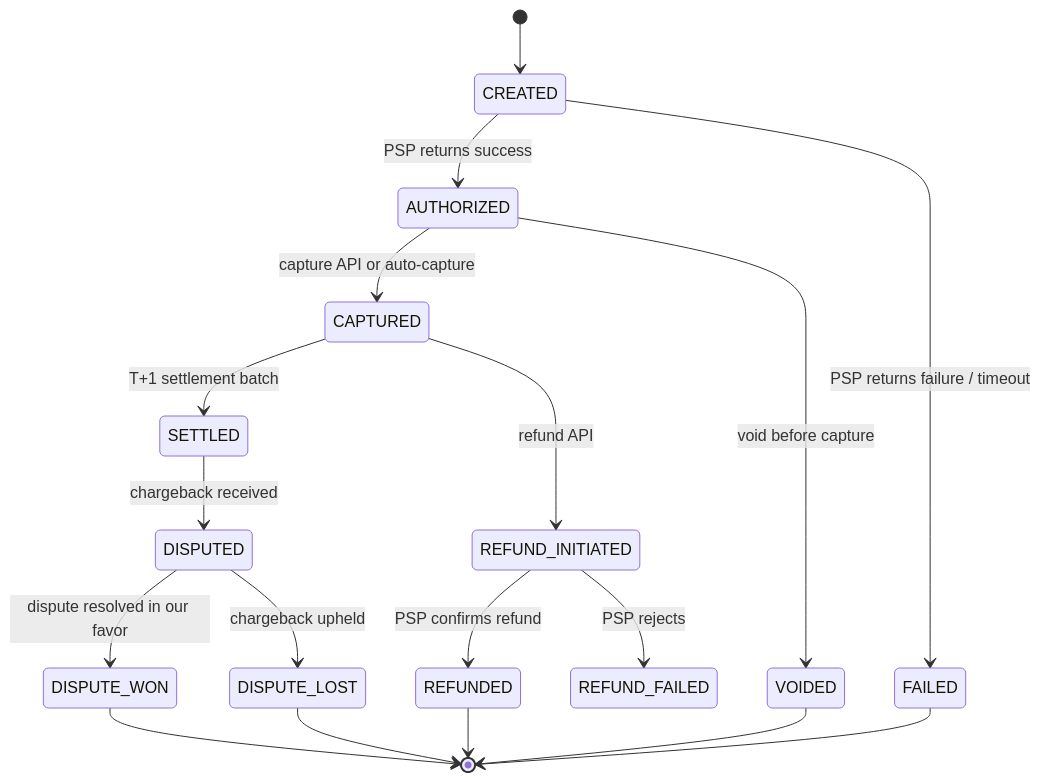
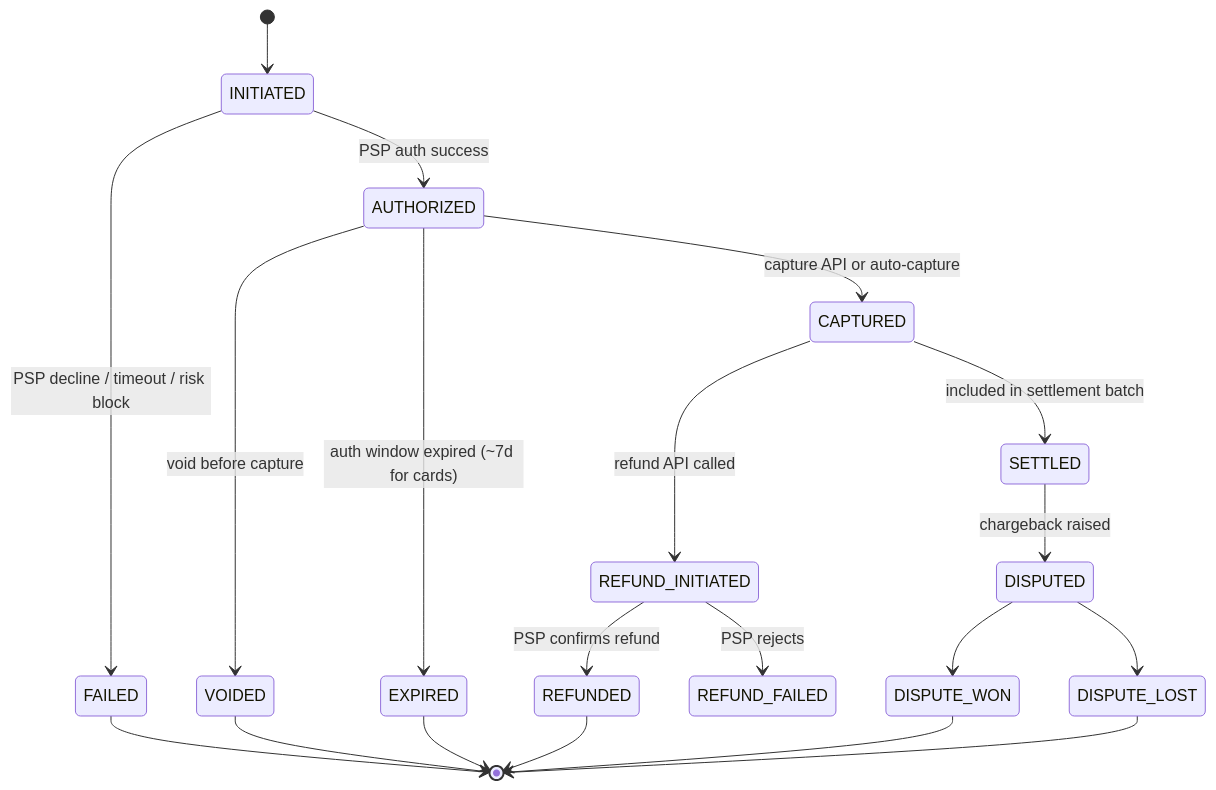
The second of 4 diagrams in airtel-prep/19-payment-gateway-system-design.md (Shailender1911/shail-new), drawn with Mermaid before and after one commit. The commit also changed other lines of this file, not shown here.

````diff
--- a/airtel-prep/19-payment-gateway-system-design.md
+++ b/airtel-prep/19-payment-gateway-system-design.md
@@ -280,20 +347,22 @@
 ```mermaid
 stateDiagram-v2
-    [*] --> CREATED
-    CREATED --> AUTHORIZED: PSP returns success
-    CREATED --> FAILED: PSP returns failure / timeout
+    [*] --> INITIATED
+    INITIATED --> AUTHORIZED: PSP auth success
+    INITIATED --> FAILED: PSP decline / timeout / risk block
     AUTHORIZED --> CAPTURED: capture API or auto-capture
     AUTHORIZED --> VOIDED: void before capture
-    CAPTURED --> SETTLED: T+1 settlement batch
-    CAPTURED --> REFUND_INITIATED: refund API
+    AUTHORIZED --> EXPIRED: auth window expired (~7d for cards)
+    CAPTURED --> SETTLED: included in settlement batch
+    CAPTURED --> REFUND_INITIATED: refund API called
+    SETTLED --> DISPUTED: chargeback raised
     REFUND_INITIATED --> REFUNDED: PSP confirms refund
     REFUND_INITIATED --> REFUND_FAILED: PSP rejects
-    SETTLED --> DISPUTED: chargeback received
-    DISPUTED --> DISPUTE_WON: dispute resolved in our favor
-    DISPUTED --> DISPUTE_LOST: chargeback upheld
+    DISPUTED --> DISPUTE_WON
+    DISPUTED --> DISPUTE_LOST
     FAILED --> [*]
+    VOIDED --> [*]
+    EXPIRED --> [*]
     REFUNDED --> [*]
-    VOIDED --> [*]
     DISPUTE_WON --> [*]
     DISPUTE_LOST --> [*]
 ```
````
